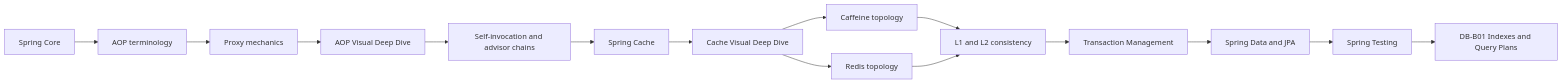
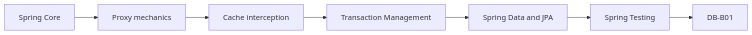
One commit to alimbetov/obsidian changed the diagram in 30_CERTIFICATIONS/Spring/2V0-72.22/Spring AOP and Cache Roadmap.md. Above: the diagram before and after it, drawn with Mermaid. The commit also changed other lines of this file, not shown here.

Commit message:
docs: normalize AOP and Cache route cross-links

````diff
--- a/30_CERTIFICATIONS/Spring/2V0-72.22/Spring AOP and Cache Roadmap.md
+++ b/30_CERTIFICATIONS/Spring/2V0-72.22/Spring AOP and Cache Roadmap.md
@@ -40,17 +49,9 @@
 ```mermaid
 flowchart LR
-    C[Spring Core] --> A[AOP terminology]
-    A --> P[Proxy mechanics]
-    P --> AV[AOP Visual Deep Dive]
-    AV --> S[Self-invocation and advisor chains]
-    S --> K[Spring Cache]
-    K --> KV[Cache Visual Deep Dive]
-    KV --> CF[Caffeine topology]
-    KV --> R[Redis topology]
-    CF --> L2[L1 and L2 consistency]
-    R --> L2
-    L2 --> TX[Transaction Management]
-    TX --> DATA[Spring Data and JPA]
-    DATA --> TEST[Spring Testing]
-    TEST --> DB[DB-B01 Indexes and Query Plans]
+    CORE["Spring Core"] --> AOP["Proxy mechanics"]
+    AOP --> CACHE["Cache interception"]
+    CACHE --> TX["Transaction Management"]
+    TX --> DATA["Spring Data and JPA"]
+    DATA --> TEST["Spring Testing"]
+    TEST --> DB["DB-B01"]
 ```
````
